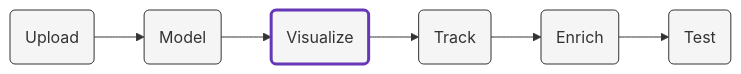
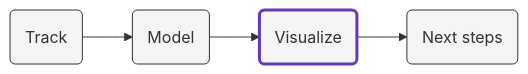
The diagram in content/visualization/_index.md (snowplow/snowplow-ecommerce-tracking-accelerator), drawn with Mermaid before and after one commit. The commit also changed other lines of this file and 7 other files, not shown here.

```diff
--- a/content/visualization/_index.md
+++ b/content/visualization/_index.md
@@ -13,10 +13,8 @@
 {{<mermaid>}}
 flowchart LR
-    id1(Upload)-->id2(Model)-->id3(Visualize)-->id4(Track)-->id5(Enrich)-->id6(Test)
+    id1(Track)-->id2(Model)-->id3(Visualize)-->id4(Next steps)
+    style id1 fill:#f5f5f5,stroke:#333,stroke-width:1px
+    style id2 fill:#f5f5f5,stroke:#333,stroke-width:1px
     style id3 fill:#f5f5f5,stroke:#6638B8,stroke-width:3px
-    style id1 fill:#f5f5f5,stroke:#333,stroke-width:1px
-    style id5 fill:#f5f5f5,stroke:#333,stroke-width:1px
     style id4 fill:#f5f5f5,stroke:#333,stroke-width:1px
-    style id2 fill:#f5f5f5,stroke:#333,stroke-width:1px
-    style id6 fill:#f5f5f5,stroke:#333,stroke-width:1px
 {{</mermaid >}}
```
